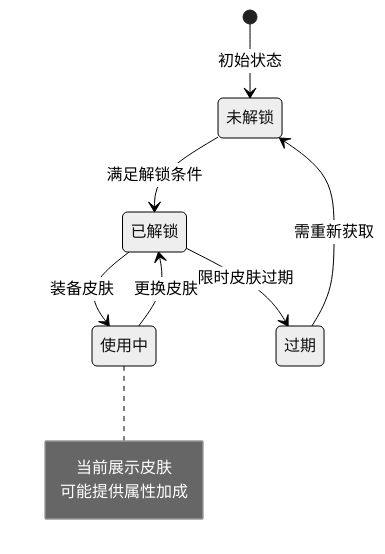
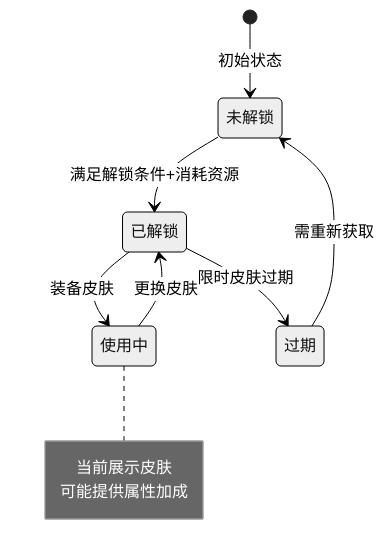
Before and after one commit to Alan-Ben/k2c_game_framework: the third of 7 diagrams in docs/Module_Consort/06_实现细节.md, drawn with Mermaid (neutral theme). The commit also changed other lines of this file and 5 other files, not shown here.

````diff
--- a/docs/Module_Consort/06_实现细节.md
+++ b/docs/Module_Consort/06_实现细节.md
@@ -122,14 +147,14 @@
 ```mermaid
 stateDiagram-v2
     [*] --> 未解锁: 初始状态
-    未解锁 --> 已解锁: 满足解锁条件
+    未解锁 --> 已解锁: 满足解锁条件+消耗资源
     已解锁 --> 使用中: 装备皮肤
     使用中 --> 已解锁: 更换皮肤
     已解锁 --> 过期: 限时皮肤过期
     过期 --> 未解锁: 需重新获取
 
     note right of 使用中
         当前展示皮肤
         可能提供属性加成
     end note
 ```
````
